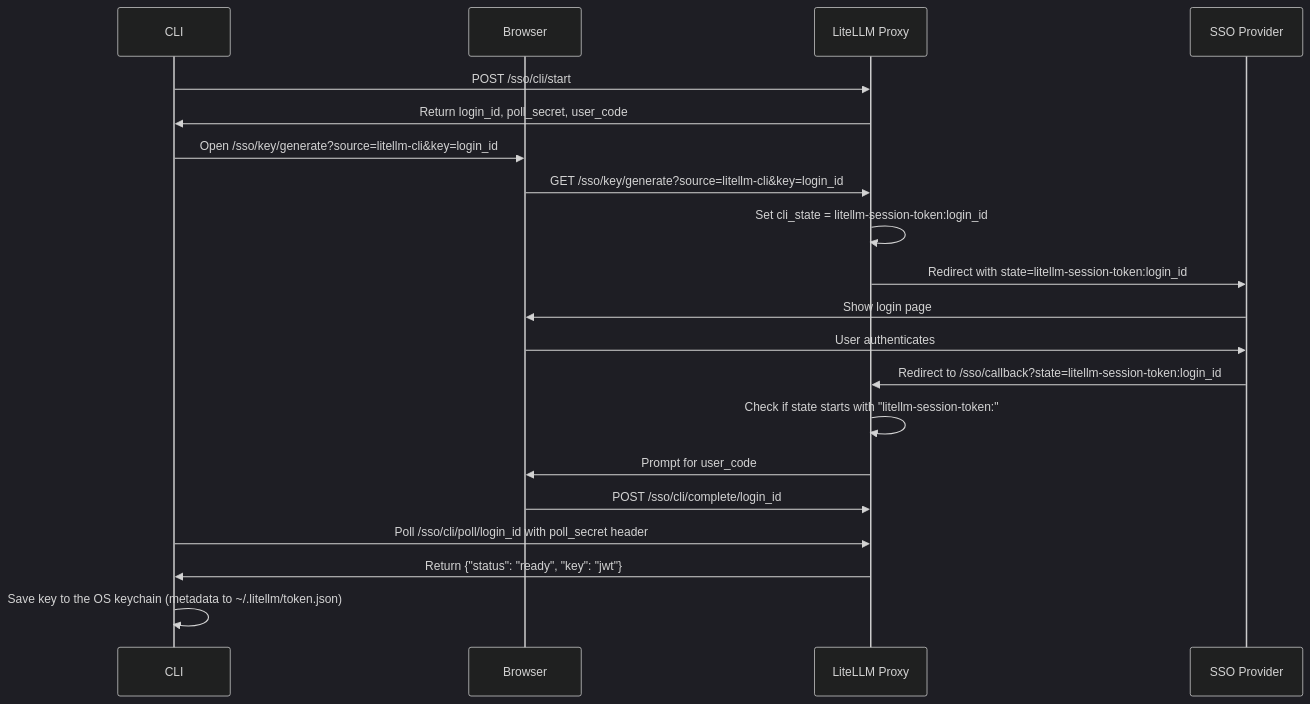
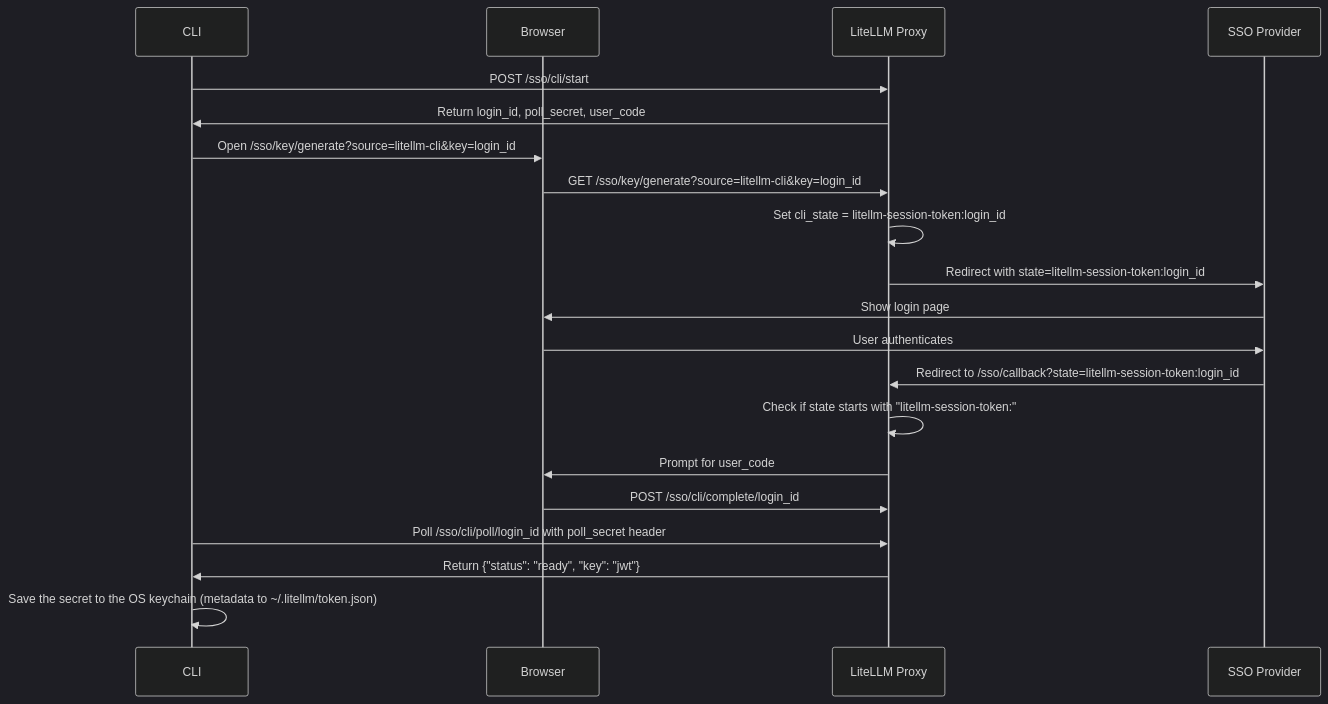
One commit to BerriAI/litellm changed the diagram in litellm/proxy/client/README.md. Above: the diagram before and after it, drawn with Mermaid (dark theme). The commit also changed other lines of this file and 2 other files, not shown here.

First line of the commit message:
fix(cli): keep the refresh token in the OS keychain, not in token.json

````diff
--- a/litellm/proxy/client/README.md
+++ b/litellm/proxy/client/README.md
@@ -309,27 +309,27 @@
 ```mermaid
 sequenceDiagram
     participant CLI as CLI
     participant Browser as Browser
     participant Proxy as LiteLLM Proxy
     participant SSO as SSO Provider
     
     CLI->>Proxy: POST /sso/cli/start
     Proxy->>CLI: Return login_id, poll_secret, user_code
     CLI->>Browser: Open /sso/key/generate?source=litellm-cli&key=login_id
     
     Browser->>Proxy: GET /sso/key/generate?source=litellm-cli&key=login_id
     Proxy->>Proxy: Set cli_state = litellm-session-token:login_id
     Proxy->>SSO: Redirect with state=litellm-session-token:login_id
     
     SSO->>Browser: Show login page
     Browser->>SSO: User authenticates
     SSO->>Proxy: Redirect to /sso/callback?state=litellm-session-token:login_id
     
     Proxy->>Proxy: Check if state starts with "litellm-session-token:"
     Proxy->>Browser: Prompt for user_code
     Browser->>Proxy: POST /sso/cli/complete/login_id
     
     CLI->>Proxy: Poll /sso/cli/poll/login_id with poll_secret header
     Proxy->>CLI: Return {"status": "ready", "key": "jwt"}
-    CLI->>CLI: Save key to the OS keychain (metadata to ~/.litellm/token.json)
+    CLI->>CLI: Save the secret to the OS keychain (metadata to ~/.litellm/token.json)
 ```
````
